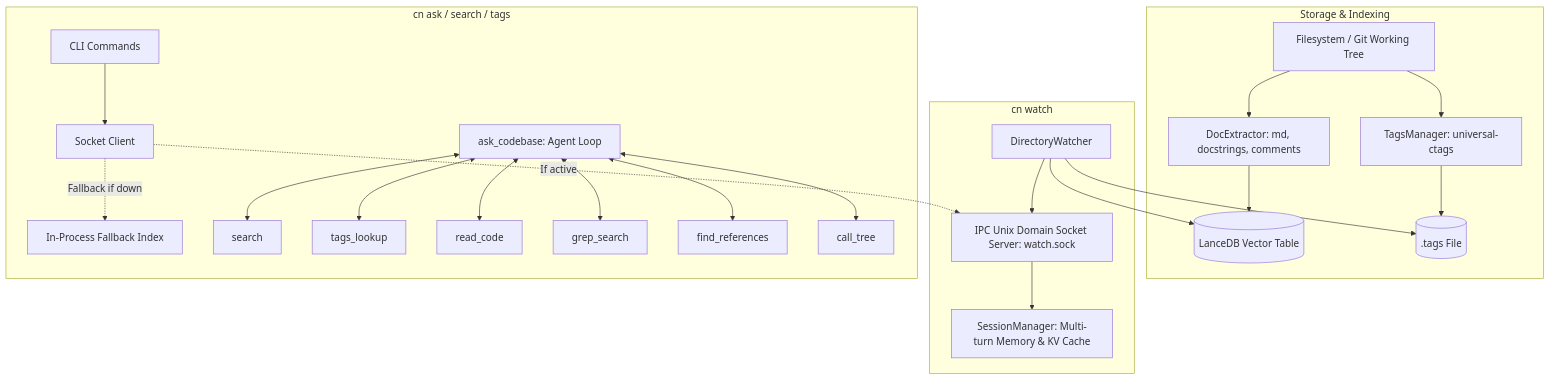
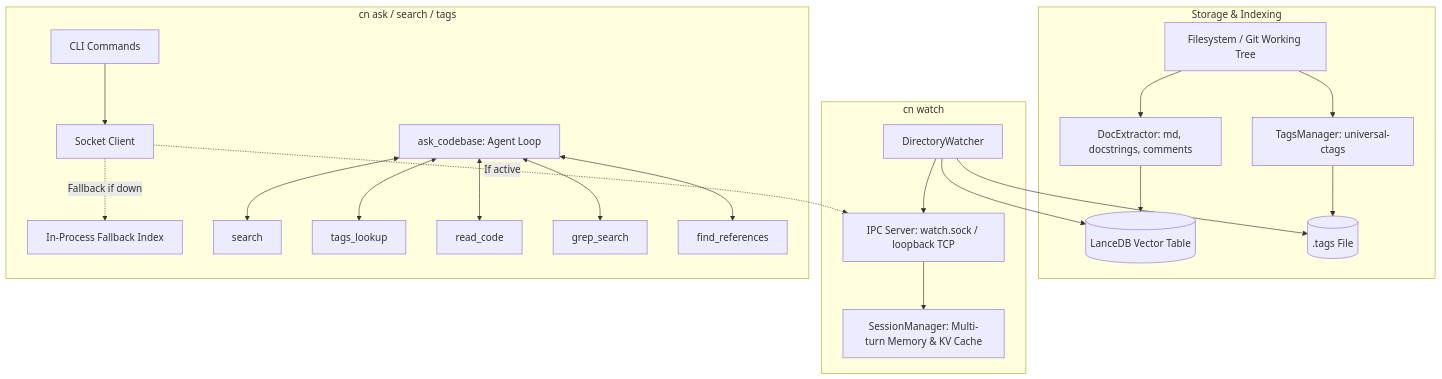
The first of 2 diagrams in DESIGN.md (9gel/codebase-navigator), drawn with Mermaid before and after one commit. The commit also changed other lines of this file and 1 other file, not shown here.

````diff
--- a/DESIGN.md
+++ b/DESIGN.md
@@ -40,30 +41,29 @@
 ```mermaid
 flowchart TD
     subgraph Storage & Indexing
         F[Filesystem / Git Working Tree] --> EXT[DocExtractor: md, docstrings, comments]
         F --> CTAGS[TagsManager: universal-ctags]
         EXT --> LDB[(LanceDB Vector Table)]
         CTAGS --> TAGS[(.tags File)]
     end
 
     subgraph Background Daemon [cn watch]
         W[DirectoryWatcher] --> LDB
         W --> TAGS
-        W --> IPC[IPC Unix Domain Socket Server: watch.sock]
+        W --> IPC[IPC Server: watch.sock / loopback TCP]
         IPC --> SM[SessionManager: Multi-turn Memory & KV Cache]
     end
 
     subgraph CLI & Agent Harness [cn ask / search / tags]
         CLI[CLI Commands] --> SREQ[Socket Client]
         SREQ -.->|If active| IPC
         SREQ -.->|Fallback if down| EMB_LOC[In-Process Fallback Index]
         
         AH[ask_codebase: Agent Loop]
         AH <--> T1[search]
         AH <--> T2[tags_lookup]
         AH <--> T3[read_code]
         AH <--> T4[grep_search]
         AH <--> T5[find_references]
-        AH <--> T6[call_tree]
     end
 ```
````
